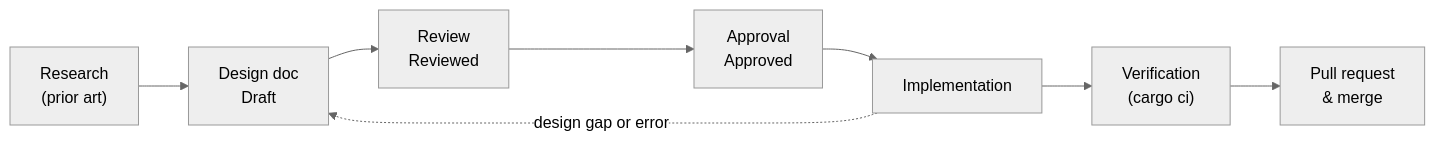
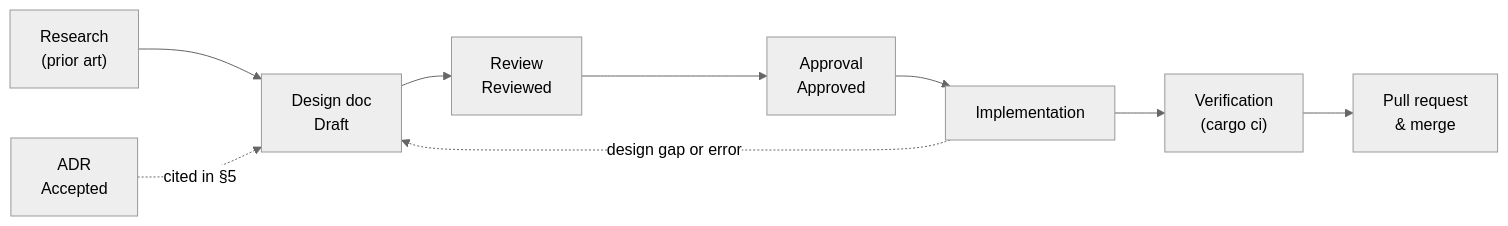
The diagram in CONTRIBUTING.md (Dyse-Industries/control-rs), drawn with Mermaid (neutral theme) before and after one commit. The commit also changed other lines of this file and 6 other files, not shown here.

````diff
--- a/CONTRIBUTING.md
+++ b/CONTRIBUTING.md
@@ -17,10 +20,11 @@
 ```mermaid
 flowchart LR
     R["Research<br/>(prior art)"] --> D["Design doc<br/>Draft"]
     D --> V["Review<br/>Reviewed"]
     V --> A["Approval<br/>Approved"]
     A --> I["Implementation"]
     I --> Q["Verification<br/>(cargo ci)"]
     Q --> M["Pull request<br/>& merge"]
     I -. "design gap or error" .-> D
+    X["ADR<br/>Accepted"] -. "cited in §5" .-> D
 ```
````
